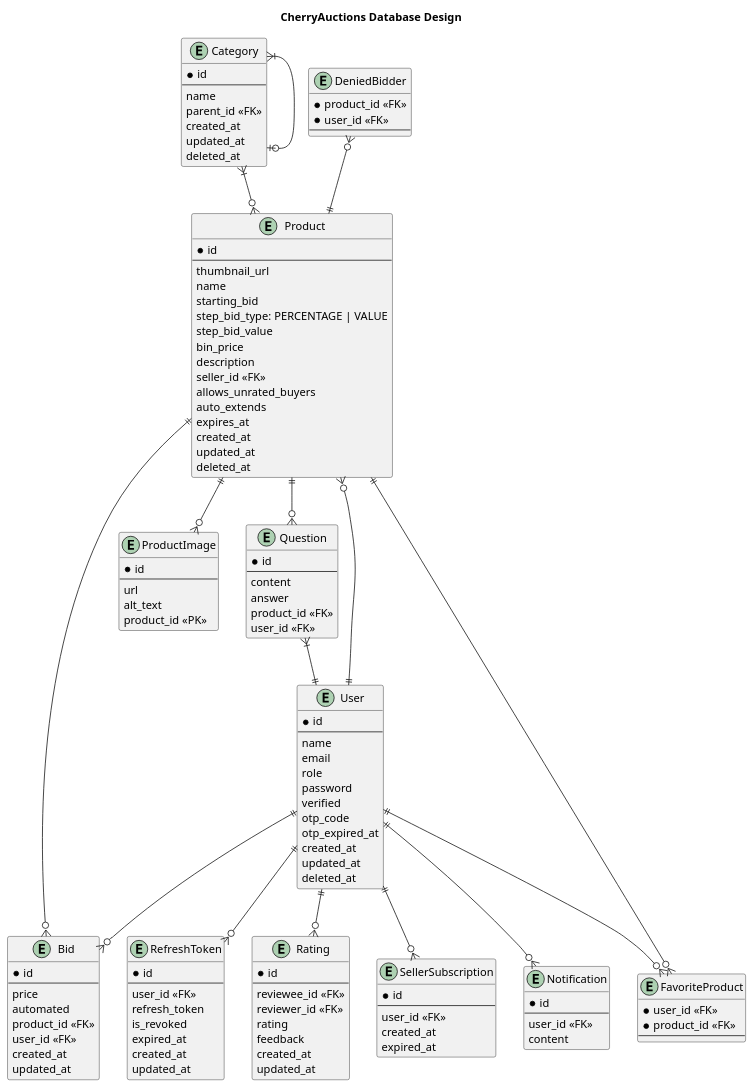
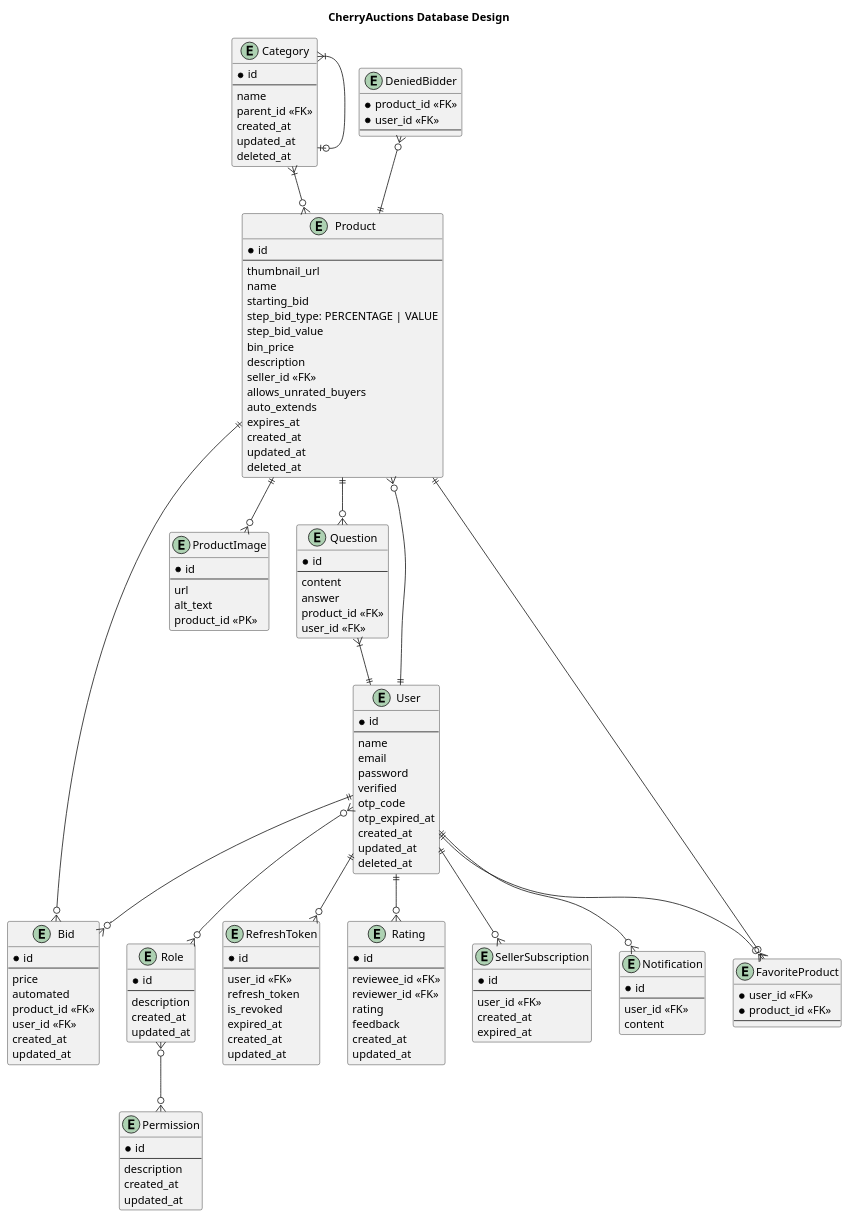
Before and after one commit to hikawi/cherry-auctions: the diagram in docs/plantumls/_db_design.puml, drawn with PlantUML. The commit also changed 2 other files, not shown here.

```diff
--- a/docs/plantumls/_db_design.puml
+++ b/docs/plantumls/_db_design.puml
@@ -1,144 +1,161 @@
 @startuml
 
 title CherryAuctions Database Design
 'skinparam linetype polyline
 'skinparam linetype ortho
 
 entity Category {
   *id
   ---
   name
   parent_id <<FK>>
   created_at
   updated_at
   deleted_at
 }
 
 entity Product {
   *id
   ---
   thumbnail_url
   name
   starting_bid
   step_bid_type: PERCENTAGE | VALUE
   step_bid_value
   bin_price
   description
   seller_id <<FK>>
   allows_unrated_buyers
   auto_extends
   expires_at
   created_at
   updated_at
   deleted_at
 }
 
 entity Bid {
   *id
   ---
   price
   automated
   product_id <<FK>>
   user_id <<FK>>
   created_at
   updated_at
 }
 
 entity DeniedBidder {
   *product_id <<FK>>
   *user_id <<FK>>
   ---
 }
 
 entity ProductImage {
   *id
   ---
   url
   alt_text
   product_id <<PK>>
 }
 
 entity Question {
   *id
   ---
   content
   answer
   product_id <<FK>>
   user_id <<FK>>
 }
 
 entity User {
   *id
   ---
   name
   email
-  role
   password
   verified
   otp_code
   otp_expired_at
   created_at
   updated_at
   deleted_at
+}
+
+entity Role {
+  *id
+  ---
+  description
+  created_at
+  updated_at
+}
+
+entity Permission {
+  *id
+  ---
+  description
+  created_at
+  updated_at
 }
 
 entity RefreshToken {
   *id
   ---
   user_id <<FK>>
   refresh_token
   is_revoked
   expired_at
   created_at
   updated_at
 }
 
 entity Rating {
   *id
   ---
   reviewee_id <<FK>>
   reviewer_id <<FK>>
   rating
   feedback
   created_at
   updated_at
 }
 
 entity SellerSubscription {
   *id
   ---
   user_id <<FK>>
   created_at
   expired_at
 }
 
 entity FavoriteProduct {
   *user_id <<FK>>
   *product_id <<FK>>
   ---
 }
 
 entity Notification {
   *id
   ---
   user_id <<FK>>
   content
 }
 
 Category }|--o| Category
 Product ||--o{ ProductImage
 Category }|--o{ Product
 Product ||--o{ Question
 Question }|--|| User
 User ||--o{ Product
 User ||--o{ SellerSubscription
 User ||--o{ Rating
 User ||--o{ RefreshToken
 Product ||--o{ Bid
 User ||--o{ Bid
 User ||--o{ FavoriteProduct
 FavoriteProduct }o--|| Product
 DeniedBidder }o--|| Product
-User ||--o{ Notification 
+User ||--o{ Notification
+User }o--o{ Role
+Role }o--o{ Permission
 
 @enduml
```
